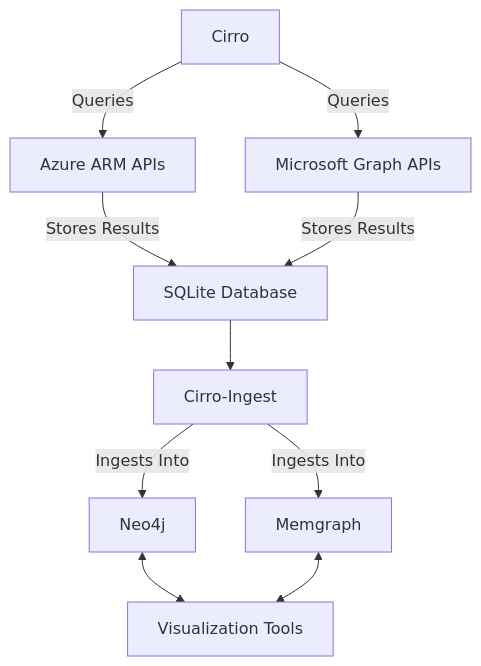
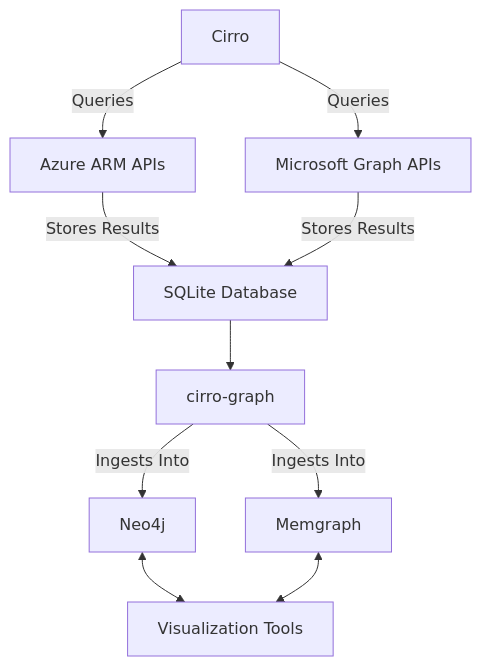
One commit to BishopFox/cirro changed the diagram in docs/architecture.md. Above: the diagram before and after it, drawn with Mermaid. The commit also changed other lines of this file and 33 other files, not shown here.

Commit message:
rename cirro-ingest to cirro-graph (#14)

````diff
--- a/docs/architecture.md
+++ b/docs/architecture.md
@@ -3,16 +3,16 @@
 ```mermaid
 graph TB
     A[Cirro] -->|Queries| B[Azure ARM APIs]
     A -->|Queries| C[Microsoft Graph APIs]
     B -->|Stores Results| D[SQLite Database]
     C -->|Stores Results| D[SQLite Database]
-    D -->  H[Cirro-Ingest]
+    D -->  H[cirro-graph]
 
     H -->|Ingests Into| E[Neo4j]
     H -->|Ingests Into| F[Memgraph]
     
 
     E <--> G[Visualization Tools]
     F <--> G
 
 ```
````
